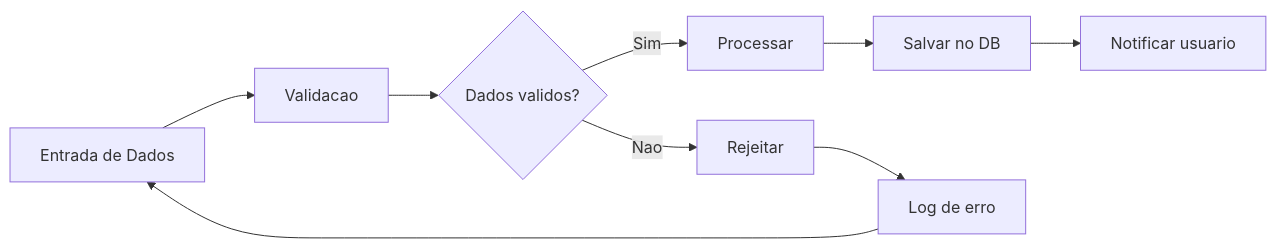
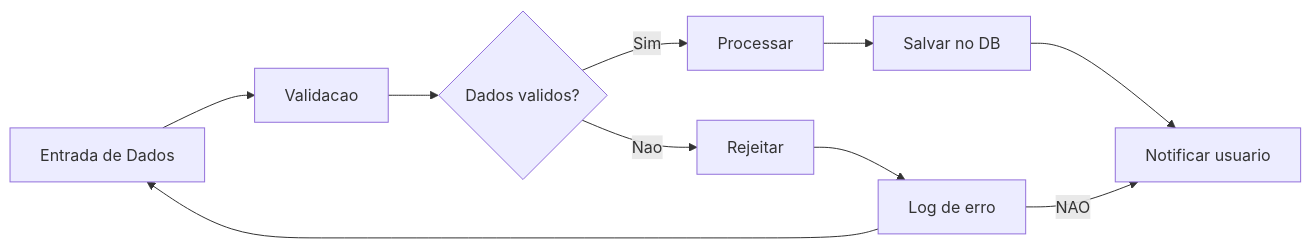
The diagram in diagram.mmd (Hugobatist/smartcode), drawn with Mermaid before and after one commit. The commit also changed 17 other files, not shown here.

```diff
--- a/diagram.mmd
+++ b/diagram.mmd
@@ -1,10 +1,20 @@
 flowchart LR
     A["Entrada de Dados"] --> B["Validacao"]
     B --> C{"Dados validos?"}
     C -->|"Sim"| D["Processar"]
     C -->|"Nao"| E["Rejeitar"]
     D --> F["Salvar no DB"]
     F --> G["Notificar usuario"]
     E --> H["Log de erro"]
     H --> A
 %% @flag H "Preciso ter mais liberdade"
+%% @flag C "errado"
+%% @flag E "aaa"
+    H -->|"NAO"| G
+
+%% --- ANNOTATIONS (auto-managed by SmartB Diagrams) ---
+%% @flag STORE "errado"
+%% @status A ok
+%% @status B in-progress
+%% @status D problem
+%% --- END ANNOTATIONS ---
```
